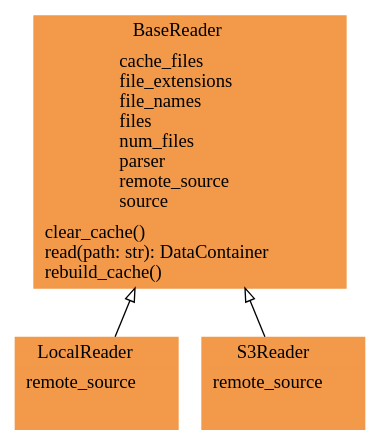
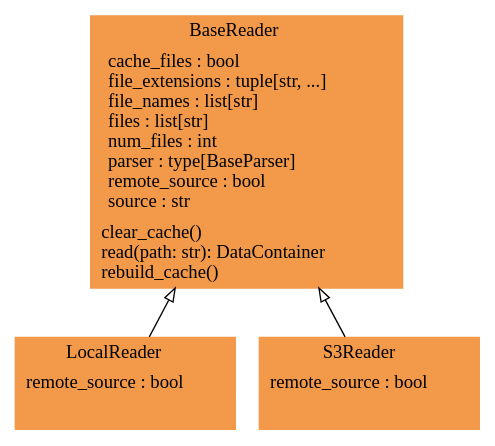
The diagram in docs/pyreverse/graphviz/classes_pythermondt.readers.gv (voidsy-gmbh/pyThermoNDT), drawn with Graphviz before and after one commit. The commit also changed 17 other files, not shown here.

Commit message:
Update pyreverse diagrams (#54)

```diff
--- a/docs/pyreverse/graphviz/classes_pythermondt.readers.gv
+++ b/docs/pyreverse/graphviz/classes_pythermondt.readers.gv
@@ -1,9 +1,9 @@
 digraph "classes_pythermondt.readers" {
 rankdir=BT
 charset="utf-8"
-"pythermondt.readers.base_reader.BaseReader" [color="#F2994A", fontcolor="black", label=<{BaseReader|cache_files<br ALIGN="LEFT"/>file_extensions<br ALIGN="LEFT"/>file_names<br ALIGN="LEFT"/>files<br ALIGN="LEFT"/>num_files<br ALIGN="LEFT"/>parser<br ALIGN="LEFT"/>remote_source<br ALIGN="LEFT"/>source<br ALIGN="LEFT"/>|clear_cache()<br ALIGN="LEFT"/>read(path: str): DataContainer<br ALIGN="LEFT"/>rebuild_cache()<br ALIGN="LEFT"/>}>, shape="record", style="filled"];
-"pythermondt.readers.local_reader.LocalReader" [color="#F2994A", fontcolor="black", label=<{LocalReader|remote_source<br ALIGN="LEFT"/>|}>, shape="record", style="filled"];
-"pythermondt.readers.s3_reader.S3Reader" [color="#F2994A", fontcolor="black", label=<{S3Reader|remote_source<br ALIGN="LEFT"/>|}>, shape="record", style="filled"];
+"pythermondt.readers.base_reader.BaseReader" [color="#F2994A", fontcolor="black", label=<{BaseReader|cache_files : bool<br ALIGN="LEFT"/>file_extensions : tuple[str, ...]<br ALIGN="LEFT"/>file_names : list[str]<br ALIGN="LEFT"/>files : list[str]<br ALIGN="LEFT"/>num_files : int<br ALIGN="LEFT"/>parser : type[BaseParser]<br ALIGN="LEFT"/>remote_source : bool<br ALIGN="LEFT"/>source : str<br ALIGN="LEFT"/>|clear_cache()<br ALIGN="LEFT"/>read(path: str): DataContainer<br ALIGN="LEFT"/>rebuild_cache()<br ALIGN="LEFT"/>}>, shape="record", style="filled"];
+"pythermondt.readers.local_reader.LocalReader" [color="#F2994A", fontcolor="black", label=<{LocalReader|remote_source : bool<br ALIGN="LEFT"/>|}>, shape="record", style="filled"];
+"pythermondt.readers.s3_reader.S3Reader" [color="#F2994A", fontcolor="black", label=<{S3Reader|remote_source : bool<br ALIGN="LEFT"/>|}>, shape="record", style="filled"];
 "pythermondt.readers.local_reader.LocalReader" -> "pythermondt.readers.base_reader.BaseReader" [arrowhead="empty", arrowtail="none"];
 "pythermondt.readers.s3_reader.S3Reader" -> "pythermondt.readers.base_reader.BaseReader" [arrowhead="empty", arrowtail="none"];
 }
```
